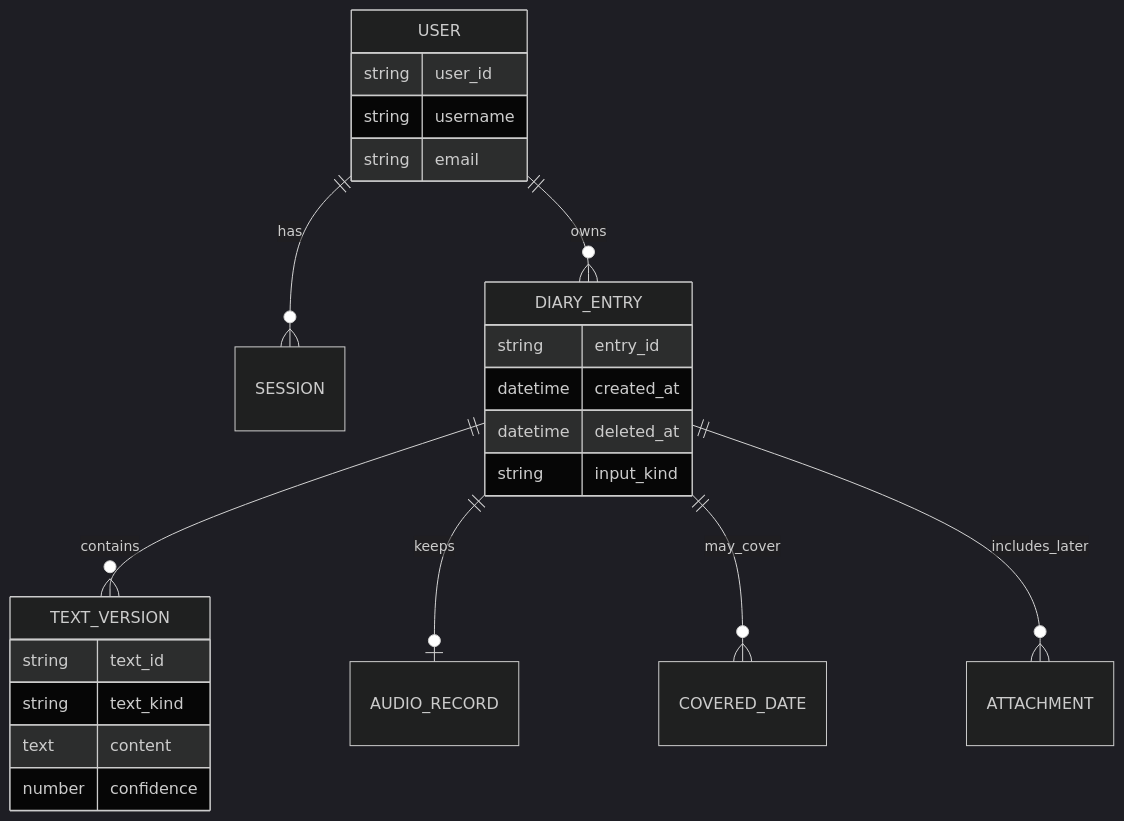
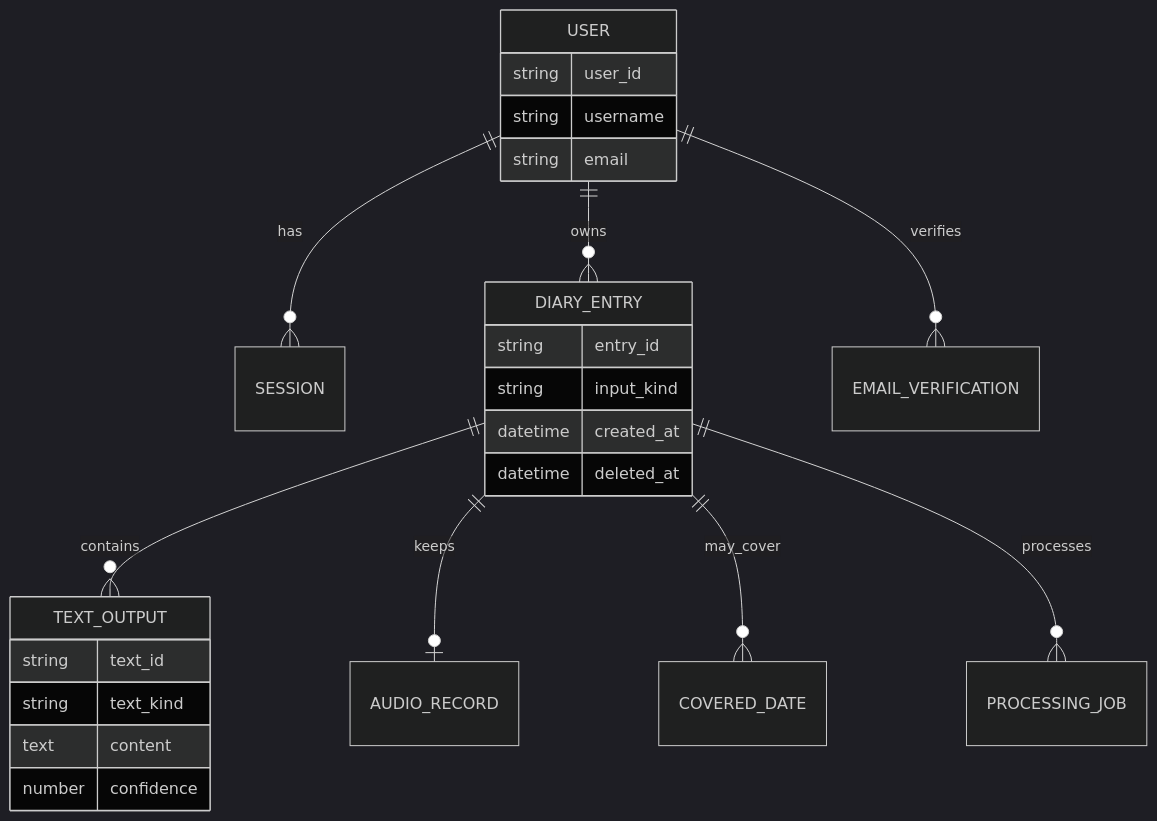
One commit to adityavarmachandika/aham-docs changed the second of 2 diagrams in canvas/database/overview.md. Above: the diagram before and after it, drawn with Mermaid (dark theme). The commit also changed other lines of this file and 9 other files, not shown here.

````diff
--- a/canvas/database/overview.md
+++ b/canvas/database/overview.md
@@ -41,29 +33,30 @@
 ```mermaid
 erDiagram
     USER ||--o{ SESSION : has
     USER ||--o{ DIARY_ENTRY : owns
-    DIARY_ENTRY ||--o{ TEXT_VERSION : contains
+    USER ||--o{ EMAIL_VERIFICATION : verifies
+    DIARY_ENTRY ||--o{ TEXT_OUTPUT : contains
     DIARY_ENTRY ||--o| AUDIO_RECORD : keeps
     DIARY_ENTRY ||--o{ COVERED_DATE : may_cover
-    DIARY_ENTRY ||--o{ ATTACHMENT : includes_later
+    DIARY_ENTRY ||--o{ PROCESSING_JOB : processes
 
     USER {
       string user_id
       string username
       string email
     }
 
     DIARY_ENTRY {
       string entry_id
+      string input_kind
       datetime created_at
       datetime deleted_at
-      string input_kind
     }
 
-    TEXT_VERSION {
+    TEXT_OUTPUT {
       string text_id
       string text_kind
       text content
       number confidence
     }
 ```
````
